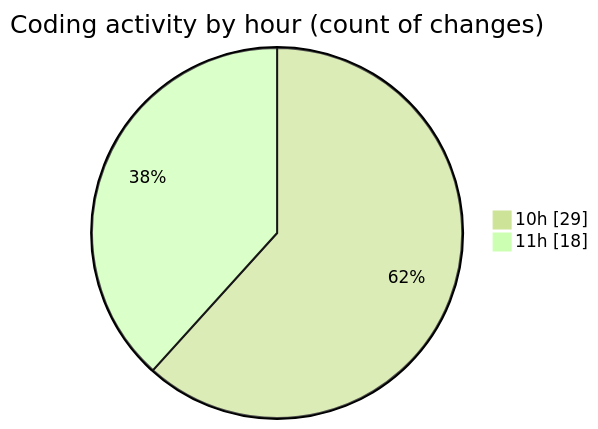
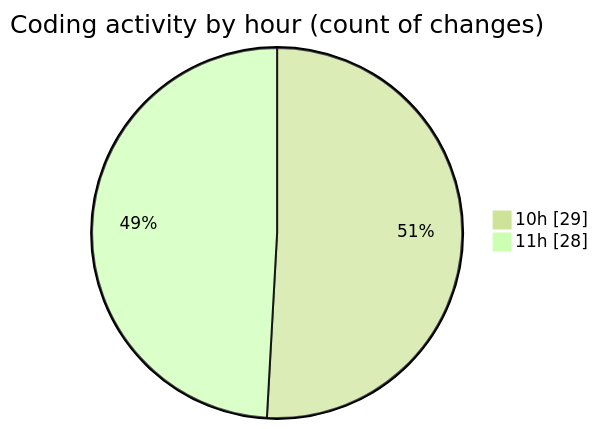
The second of 2 diagrams in 2025-06-05/cda/README.md (momahboobian/code-tracking), drawn with Mermaid (forest theme) before and after one commit. The commit also changed other lines of this file and 1 other file, not shown here.

````diff
--- a/2025-06-05/cda/README.md
+++ b/2025-06-05/cda/README.md
@@ -51,6 +52,6 @@
 ```mermaid
 pie showData
 title Coding activity by hour (count of changes)
 "10h" : 29
-"11h" : 18
+"11h" : 28
 ```
````
